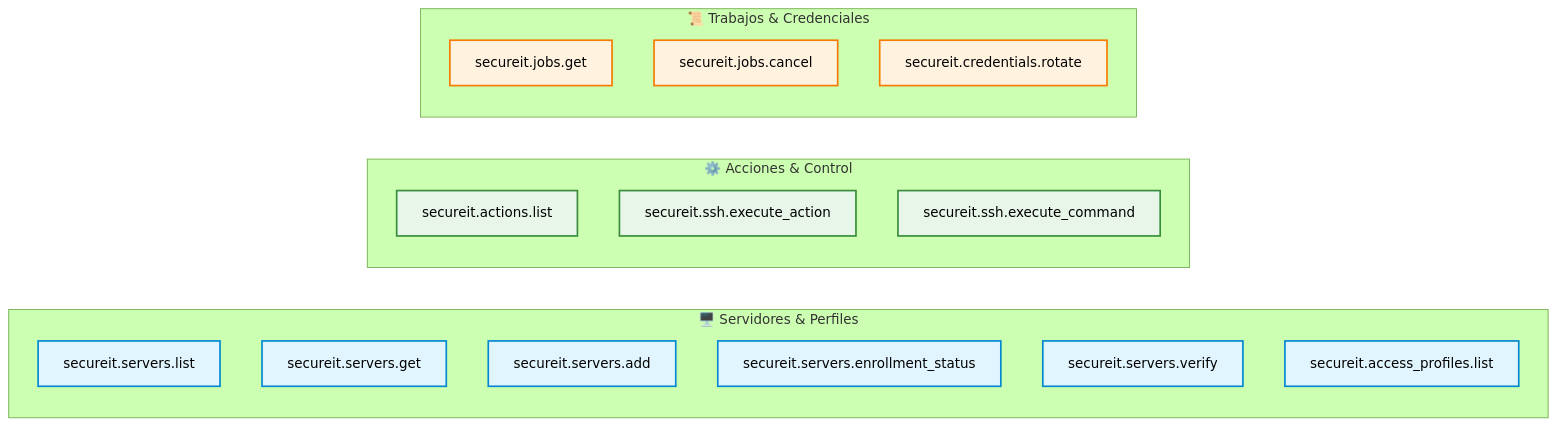
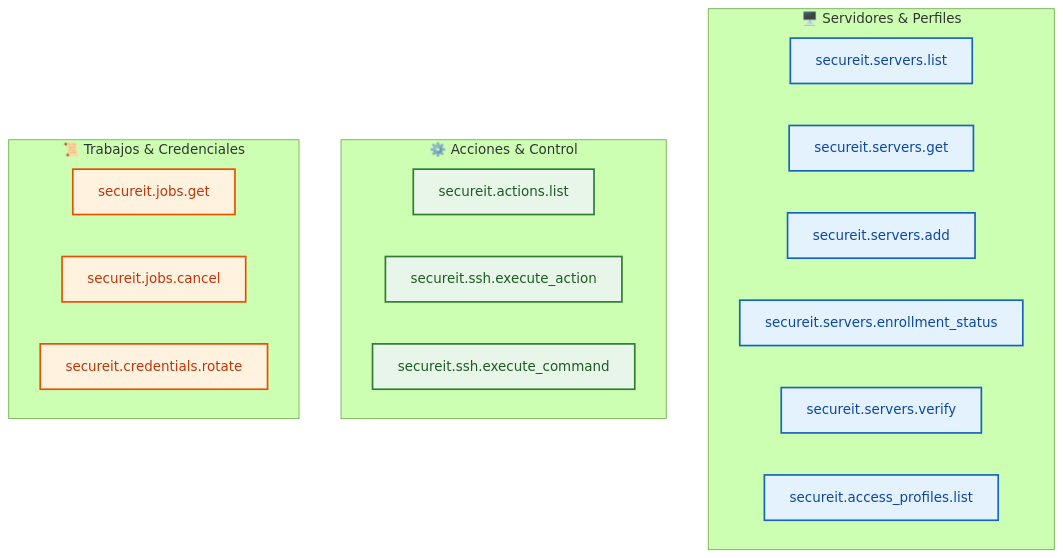
The second of 2 diagrams in README.md (elhumbertoz/secure-it), drawn with Mermaid (forest theme) before and after one commit.

Commit message:
style: fix text contrast and readability in Mermaid catalog diagram for dark mode

````diff
--- a/README.md
+++ b/README.md
@@ -140,27 +140,27 @@
 ```mermaid
-flowchart LR
-    classDef srv fill:#e1f5fe,stroke:#0288d1,stroke-width:2px;
-    classDef act fill:#e8f5e9,stroke:#388e3c,stroke-width:2px;
-    classDef job fill:#fff3e0,stroke:#f57c00,stroke-width:2px;
+flowchart TD
+    classDef srv fill:#e3f2fd,stroke:#1565c0,stroke-width:2px,color:#0d47a1;
+    classDef act fill:#e8f5e9,stroke:#2e7d32,stroke-width:2px,color:#1b5e20;
+    classDef job fill:#fff3e0,stroke:#e65100,stroke-width:2px,color:#bf360c;
 
     subgraph SERVIDORES[" 🖥️ Servidores & Perfiles "]
         S1["secureit.servers.list"]:::srv
         S2["secureit.servers.get"]:::srv
         S3["secureit.servers.add"]:::srv
         S4["secureit.servers.enrollment_status"]:::srv
         S5["secureit.servers.verify"]:::srv
         S6["secureit.access_profiles.list"]:::srv
     end
 
     subgraph ACCIONES[" ⚙️ Acciones & Control "]
         A1["secureit.actions.list"]:::act
         A2["secureit.ssh.execute_action"]:::act
         A3["secureit.ssh.execute_command"]:::act
     end
 
     subgraph TRABAJOS[" 📜 Trabajos & Credenciales "]
         J1["secureit.jobs.get"]:::job
         J2["secureit.jobs.cancel"]:::job
         J3["secureit.credentials.rotate"]:::job
     end
 ```
````
